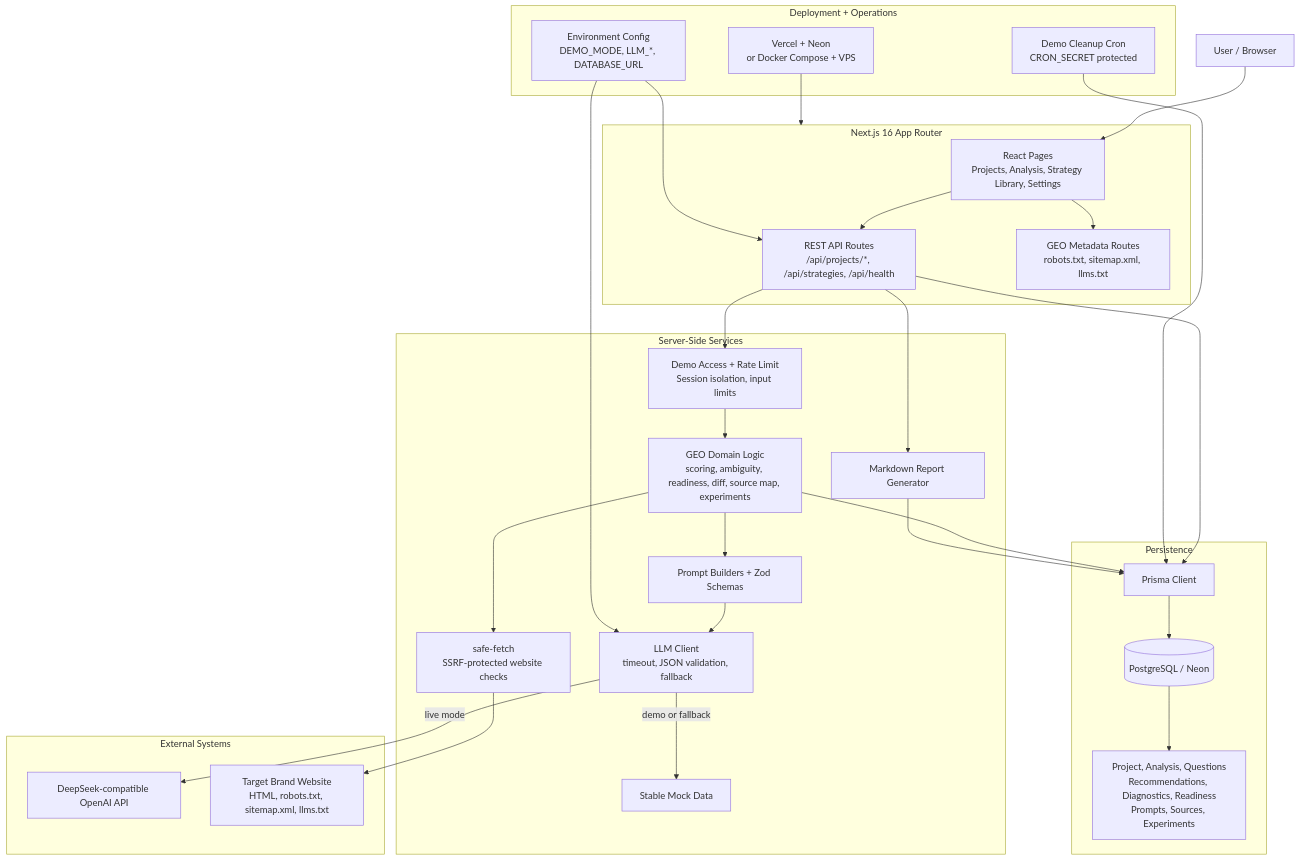
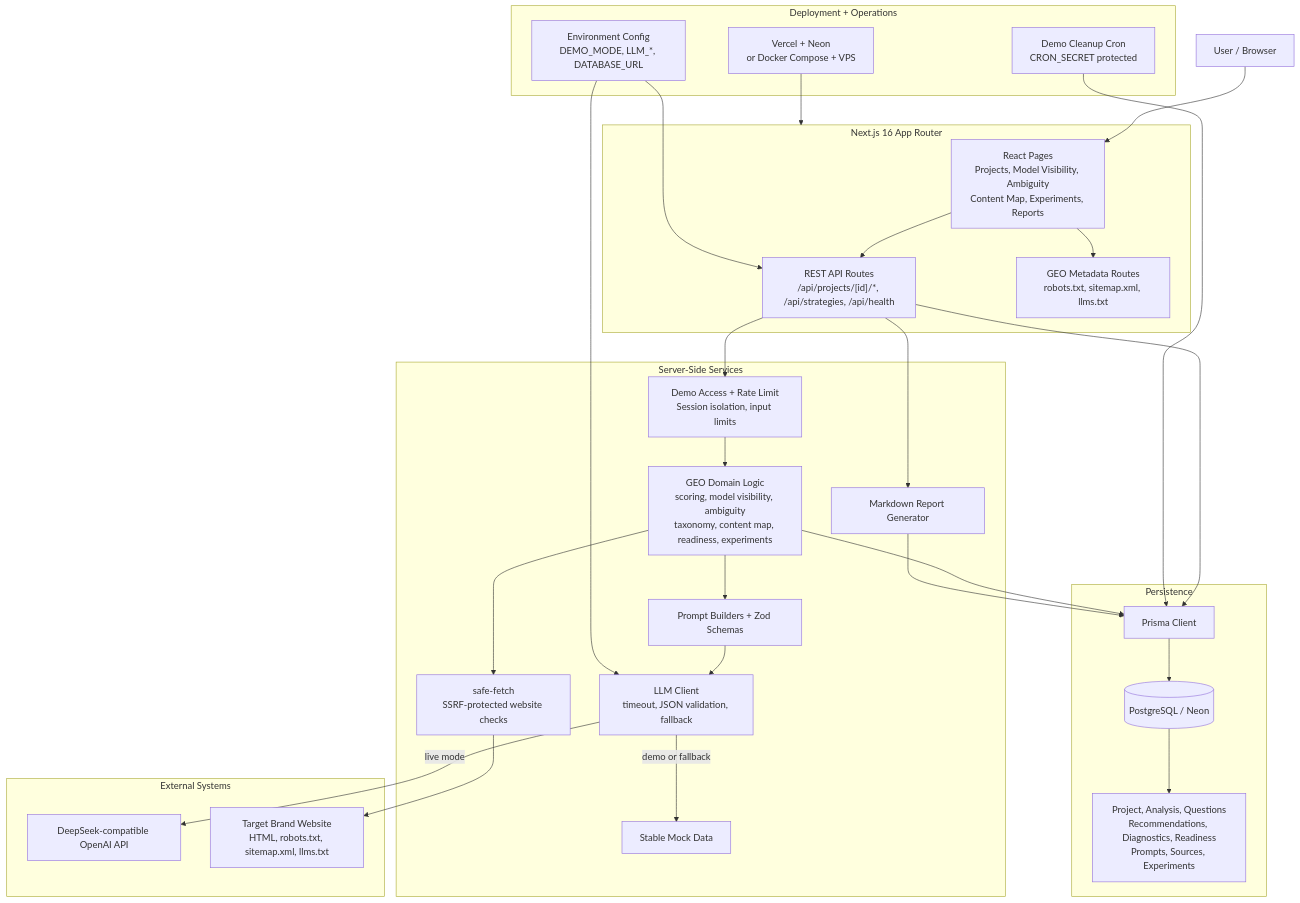
The diagram in README.md (ZedingZhang/geo-lens), drawn with Mermaid before and after one commit. The commit also changed other lines of this file and 1 other file, not shown here.

````diff
--- a/README.md
+++ b/README.md
@@ -86,59 +167,59 @@
 ```mermaid
 flowchart TB
     user["User / Browser"]
 
     subgraph app["Next.js 16 App Router"]
-        pages["React Pages<br/>Projects, Analysis, Strategy Library, Settings"]
-        api["REST API Routes<br/>/api/projects/*, /api/strategies, /api/health"]
+        pages["React Pages<br/>Projects, Model Visibility, Ambiguity<br/>Content Map, Experiments, Reports"]
+        api["REST API Routes<br/>/api/projects/[id]/*, /api/strategies, /api/health"]
         meta["GEO Metadata Routes<br/>robots.txt, sitemap.xml, llms.txt"]
     end
 
     subgraph services["Server-Side Services"]
         guards["Demo Access + Rate Limit<br/>Session isolation, input limits"]
-        geo["GEO Domain Logic<br/>scoring, ambiguity, readiness, diff, source map, experiments"]
+        geo["GEO Domain Logic<br/>scoring, model visibility, ambiguity<br/>taxonomy, content map, readiness, experiments"]
         prompts["Prompt Builders + Zod Schemas"]
         llm["LLM Client<br/>timeout, JSON validation, fallback"]
         fetcher["safe-fetch<br/>SSRF-protected website checks"]
         report["Markdown Report Generator"]
         mock["Stable Mock Data"]
     end
 
     subgraph data["Persistence"]
         prisma["Prisma Client"]
         db[(PostgreSQL / Neon)]
         models["Project, Analysis, Questions<br/>Recommendations, Diagnostics, Readiness<br/>Prompts, Sources, Experiments"]
     end
 
     subgraph external["External Systems"]
         deepseek["DeepSeek-compatible OpenAI API"]
         target["Target Brand Website<br/>HTML, robots.txt, sitemap.xml, llms.txt"]
     end
 
     subgraph ops["Deployment + Operations"]
         deploy["Vercel + Neon<br/>or Docker Compose + VPS"]
         env["Environment Config<br/>DEMO_MODE, LLM_*, DATABASE_URL"]
         cleanup["Demo Cleanup Cron<br/>CRON_SECRET protected"]
     end
 
     user --> pages
     pages --> api
     pages --> meta
     api --> guards
     guards --> geo
     geo --> prompts
     prompts --> llm
     llm -->|"live mode"| deepseek
     llm -->|"demo or fallback"| mock
     geo --> fetcher
     fetcher --> target
     api --> report
     api --> prisma
     geo --> prisma
     report --> prisma
     prisma --> db
     db --> models
     cleanup --> prisma
     env --> api
     env --> llm
     deploy --> app
 ```
````
